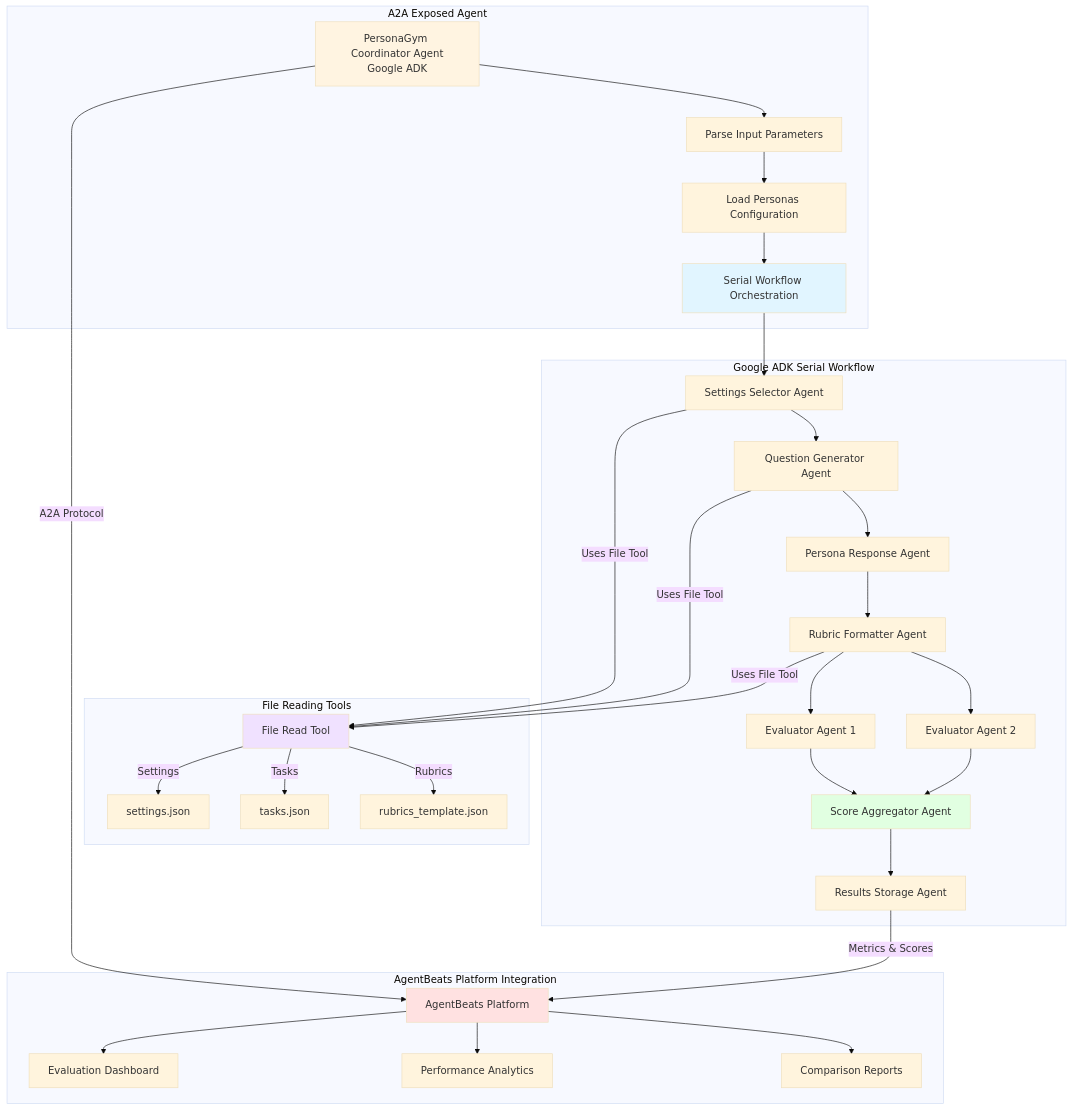
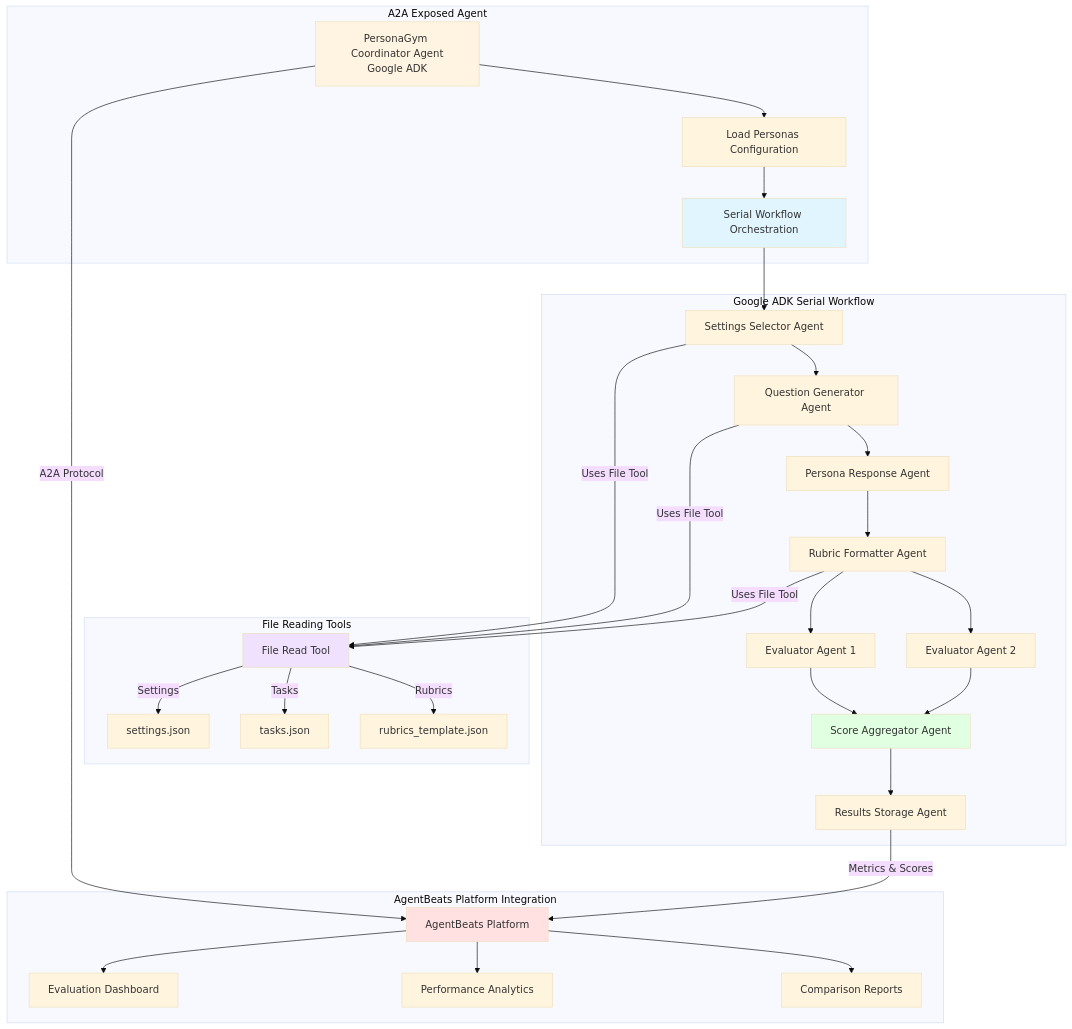
The first of 2 diagrams in README.md (kaarun007/personagym_agentsbeats_eval), drawn with Mermaid (base theme) before and after one commit. The commit also changed other lines of this file, not shown here.

````diff
--- a/README.md
+++ b/README.md
@@ -26,43 +26,43 @@
 ```mermaid
 graph TB
     subgraph "A2A Exposed Agent"
-        A[PersonaGym Coordinator Agent<br/>Google ADK] --> B[Parse Input Parameters]
-        B --> C[Load Personas Configuration]
+        A[PersonaGym Coordinator Agent<br/>Google ADK]
+        A --> C[Load Personas Configuration]
         C --> D[Serial Workflow Orchestration]
     end
     
     subgraph "File Reading Tools"
         FT[File Read Tool] --> |Settings| E1[settings.json]
         FT --> |Tasks| E2[tasks.json]
         FT --> |Rubrics| E3[rubrics_template.json]
     end
     
     subgraph "Google ADK Serial Workflow"
         D --> E[Settings Selector Agent]
         E --> |Uses File Tool| FT
         E --> F[Question Generator Agent]
         F --> |Uses File Tool| FT
         F --> G[Persona Response Agent]
         G --> H[Rubric Formatter Agent]
         H --> |Uses File Tool| FT
         H --> I[Evaluator Agent 1]
         H --> J[Evaluator Agent 2]
         I --> K[Score Aggregator Agent]
         J --> K
         K --> L[Results Storage Agent]
     end
     
     subgraph "AgentBeats Platform Integration"
         A --> |A2A Protocol| M[AgentBeats Platform]
         L --> |Metrics & Scores| M
         M --> N[Evaluation Dashboard]
         M --> O[Performance Analytics]
         M --> P[Comparison Reports]
     end
     
     style A fill:#fff4e1
     style D fill:#e1f5ff
     style FT fill:#f0e1ff
     style M fill:#ffe1e1
     style K fill:#e1ffe1
 ```
````
